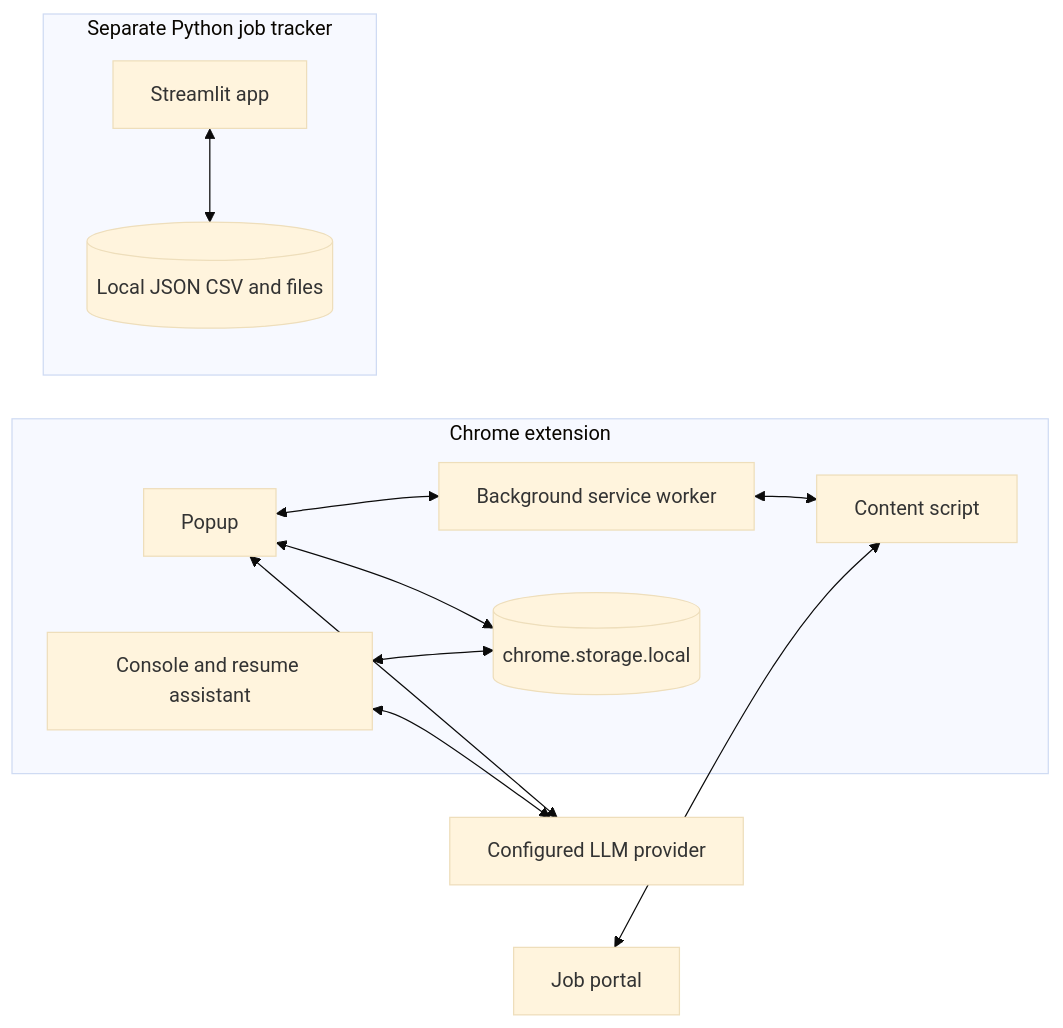
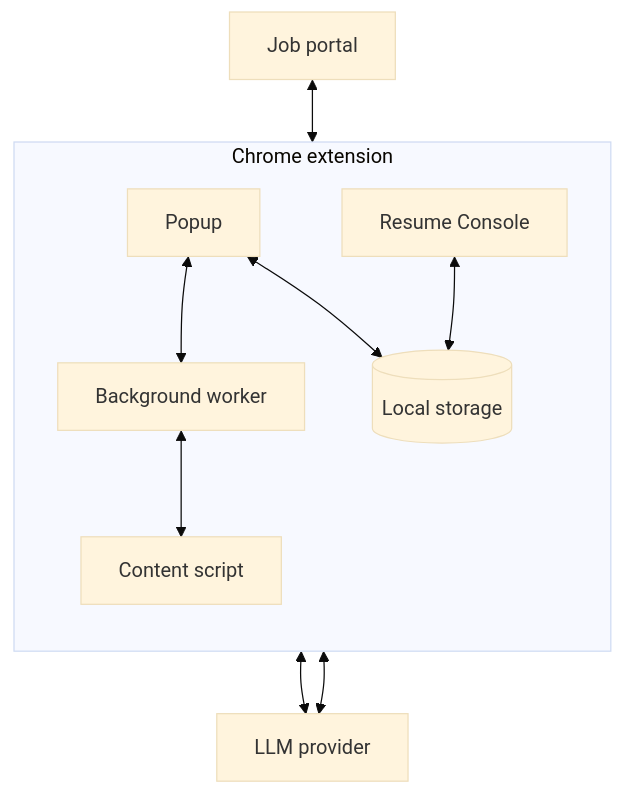
Before and after one commit to YuexinJ778/AutoApply: the diagram in README.md, drawn with Mermaid (base theme). The commit also changed other lines of this file and 3 other files, not shown here.

````diff
--- a/README.md
+++ b/README.md
@@ -35,21 +31,13 @@
 ```mermaid
-flowchart LR
+flowchart TB
+  Portal[Job portal] <--> Content
   subgraph Extension[Chrome extension]
-    Popup[Popup]
-    Background[Background service worker]
-    Content[Content script]
-    Console[Console and resume assistant]
-    Local[(chrome.storage.local)]
-    Popup <--> Background
-    Background <--> Content
-    Popup <--> Local
-    Console <--> Local
+    direction TB
+    Popup[Popup] <--> Background[Background worker]
+    Background <--> Content[Content script]
+    Popup <--> Local[(Local storage)]
+    Console[Resume Console] <--> Local
   end
-  Portal[Job portal] <--> Content
-  Provider[Configured LLM provider]
-  Popup <--> Provider
+  Popup <--> Provider[LLM provider]
   Console <--> Provider
-  subgraph Tracker[Separate Python job tracker]
-    App[Streamlit app] <--> Files[(Local JSON CSV and files)]
-  end
 ```
````
